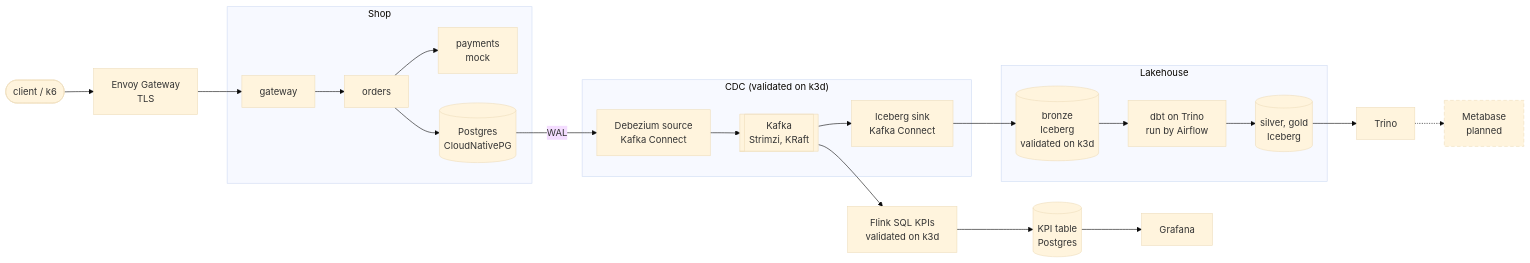
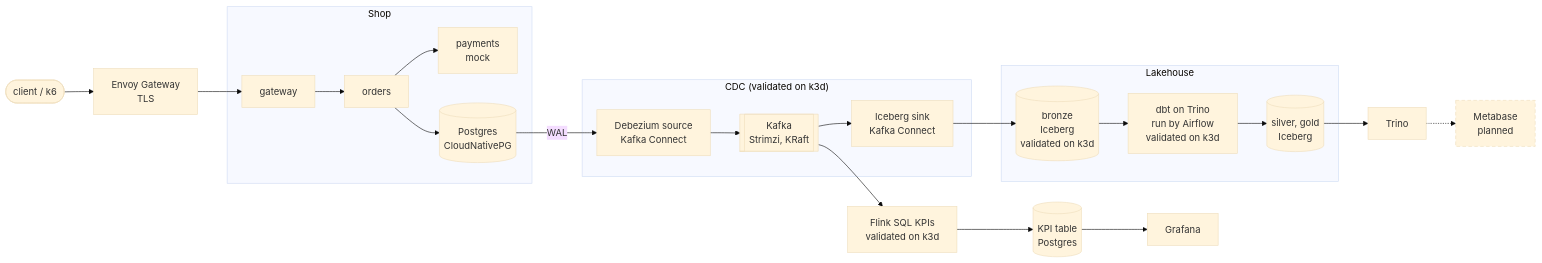
The first of 2 diagrams in README.md (winthebest/shopflow), drawn with Mermaid (base theme) before and after one commit. The commit also changed other lines of this file, not shown here.

First line of the commit message:
docs(readme): dbt and Airflow validated on k3d (#181)

````diff
--- a/README.md
+++ b/README.md
@@ -35,20 +35,20 @@
 ```mermaid
 flowchart LR
   client([client / k6]) --> edge[Envoy Gateway<br/>TLS]
   subgraph shop [Shop]
     gw[gateway] --> orders[orders] --> pay[payments<br/>mock]
     orders --> pg[(Postgres<br/>CloudNativePG)]
   end
   edge --> gw
   subgraph cdc ["CDC (validated on k3d)"]
     dbz[Debezium source<br/>Kafka Connect] --> kafka[[Kafka<br/>Strimzi, KRaft]] --> sink[Iceberg sink<br/>Kafka Connect]
   end
   pg -- WAL --> dbz
   subgraph lake [Lakehouse]
-    bronze[(bronze<br/>Iceberg<br/>validated on k3d)] --> dbt[dbt on Trino<br/>run by Airflow] --> gold[(silver, gold<br/>Iceberg)]
+    bronze[(bronze<br/>Iceberg<br/>validated on k3d)] --> dbt[dbt on Trino<br/>run by Airflow<br/>validated on k3d] --> gold[(silver, gold<br/>Iceberg)]
   end
   sink --> bronze
   gold --> trino[Trino] -.-> mb[Metabase<br/>planned]:::planned
   kafka --> flink[Flink SQL KPIs<br/>validated on k3d] --> kpi[(KPI table<br/>Postgres)] --> graf[Grafana]
   classDef planned stroke-dasharray: 6 4
 ```
````
